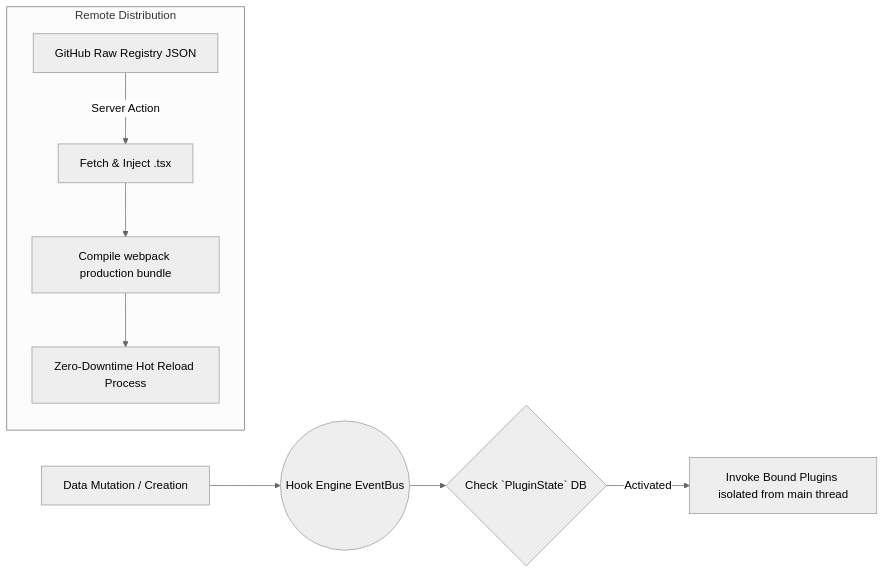
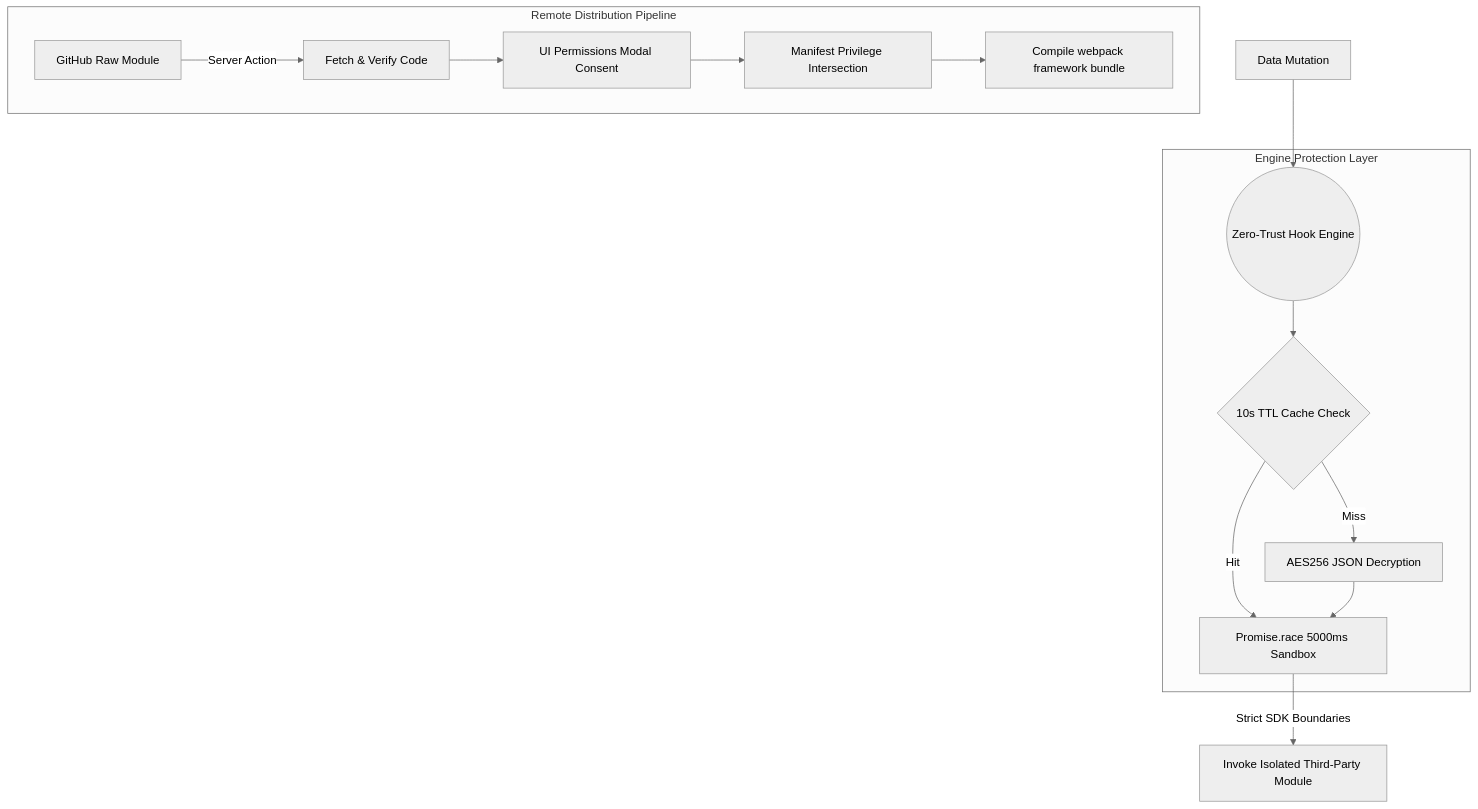
The fourth of 5 diagrams in docs/ARCHITECTURE.md (Cyber-Sec-Space/openticket), drawn with Mermaid (neutral theme) before and after one commit. The commit also changed other lines of this file and 36 other files, not shown here.

Commit message:
chore: achieved pristine 100% test coverage for the plugin system suite

````diff
--- a/docs/ARCHITECTURE.md
+++ b/docs/ARCHITECTURE.md
@@ -135,12 +141,20 @@
 ```mermaid
-graph LR
-    SystemEvents[Data Mutation / Creation] --> HookEngine((Hook Engine EventBus))
-    HookEngine --> DBCheck{Check `PluginState` DB }
-    DBCheck -- "Activated" --> Plugins[Invoke Bound Plugins isolated from main thread]
+graph TD
+    SystemEvents[Data Mutation] --> HookEngine((Zero-Trust Hook Engine))
     
-    subgraph Registry [Remote Distribution]
-        RemoteRepo[GitHub Raw Registry JSON] -->|Server Action| Download[Fetch & Inject .tsx]
-        Download --> Build[Compile webpack production bundle]
-        Build --> Restart[Zero-Downtime Hot Reload Process]
+    subgraph Execution_Sandbox [Engine Protection Layer]
+        HookEngine --> CacheCheck{10s TTL Cache Check}
+        CacheCheck -- "Miss" --> Decrypt[AES256 JSON Decryption]
+        CacheCheck -- "Hit" --> Exec[Promise.race 5000ms Sandbox]
+        Decrypt --> Exec
+    end
+    
+    Exec -->|Strict SDK Boundaries| Plugins[Invoke Isolated Third-Party Module]
+    
+    subgraph Registry [Remote Distribution Pipeline]
+        RemoteRepo[GitHub Raw Module] -->|Server Action| Download[Fetch & Verify Code]
+        Download --> UIAuth[UI Permissions Modal Consent]
+        UIAuth --> DBIntercept[Manifest Privilege Intersection]
+        DBIntercept --> Build[Compile webpack framework bundle]
     end
 ```
````
